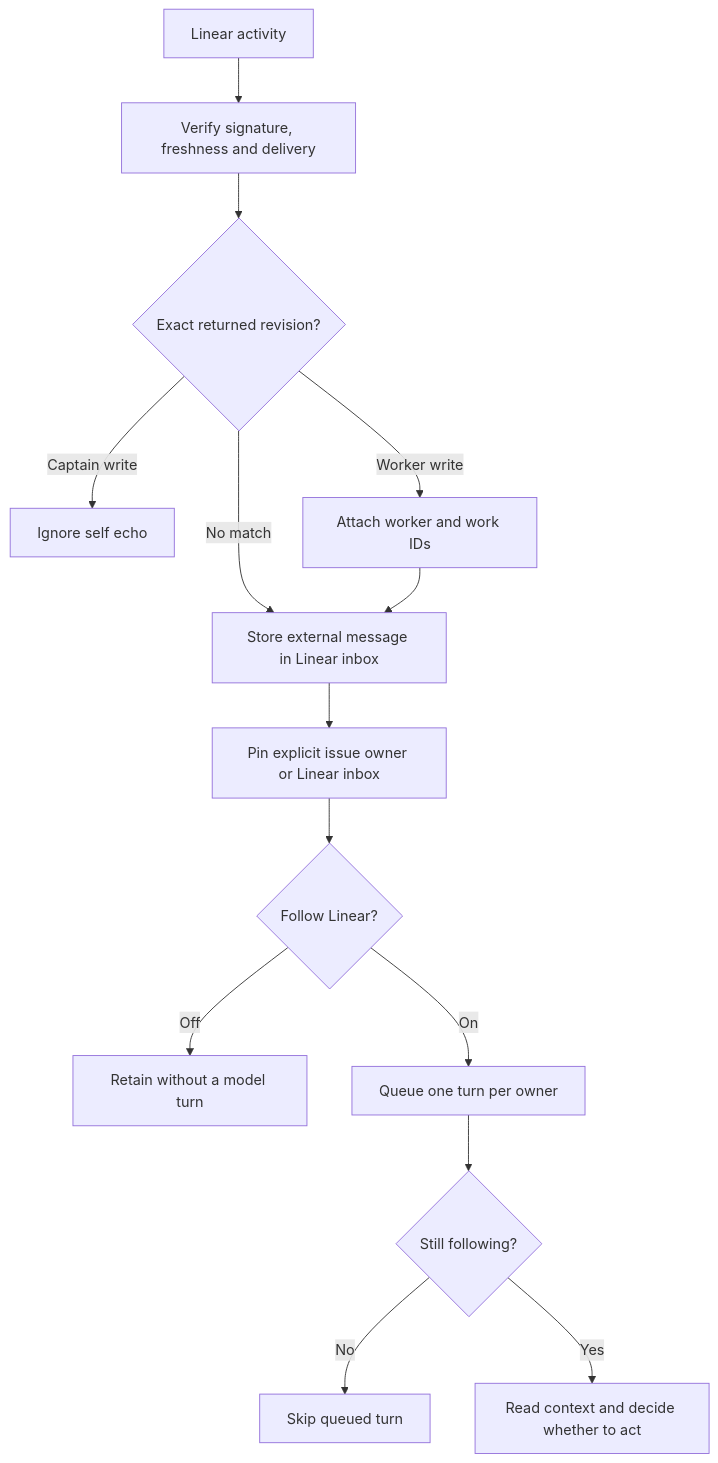
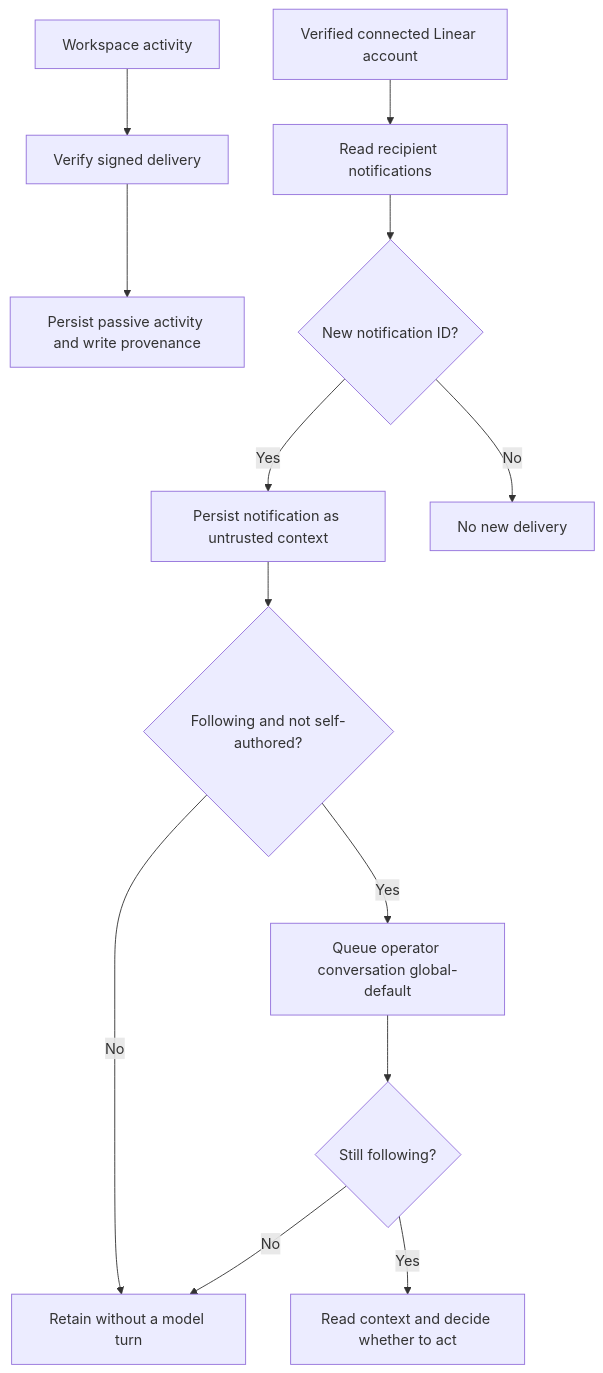
Before and after one commit to Volpestyle/clankie: the diagram in docs/adr/0168-linear-awareness-is-opt-in.md, drawn with Mermaid. The commit also changed other lines of this file and 18 other files, not shown here.

Commit message:
Make the connected tracker account the swarm identity

````diff
--- a/docs/adr/0168-linear-awareness-is-opt-in.md
+++ b/docs/adr/0168-linear-awareness-is-opt-in.md
@@ -119,16 +133,15 @@
 ```mermaid
 flowchart TD
-    Linear[Linear activity] --> Verify[Verify signature, freshness and delivery]
-    Verify --> Receipt{Exact returned revision?}
-    Receipt -->|Captain write| QuietEcho[Ignore self echo]
-    Receipt -->|Worker write| Provenance[Attach worker and work IDs]
-    Receipt -->|No match| Inbox[Store external message in Linear inbox]
-    Provenance --> Inbox
-    Inbox --> Owner[Pin explicit issue owner or Linear inbox]
-    Owner --> Follow{Follow Linear?}
-    Follow -->|Off| Quiet[Retain without a model turn]
-    Follow -->|On| Queue[Queue one turn per owner]
+    Webhook[Workspace activity] --> Verify[Verify signed delivery]
+    Verify --> History[Persist passive activity and write provenance]
+    Account[Verified connected Linear account] --> Poll[Read recipient notifications]
+    Poll --> Fresh{New notification ID?}
+    Fresh -->|Yes| Inbox[Persist notification as untrusted context]
+    Fresh -->|No| Done[No new delivery]
+    Inbox --> Follow{Following and not self-authored?}
+    Follow -->|No| Quiet[Retain without a model turn]
+    Follow -->|Yes| Queue[Queue operator conversation global-default]
     Queue --> Recheck{Still following?}
-    Recheck -->|No| Skip[Skip queued turn]
+    Recheck -->|No| Quiet
     Recheck -->|Yes| Clankie[Read context and decide whether to act]
 ```
````
